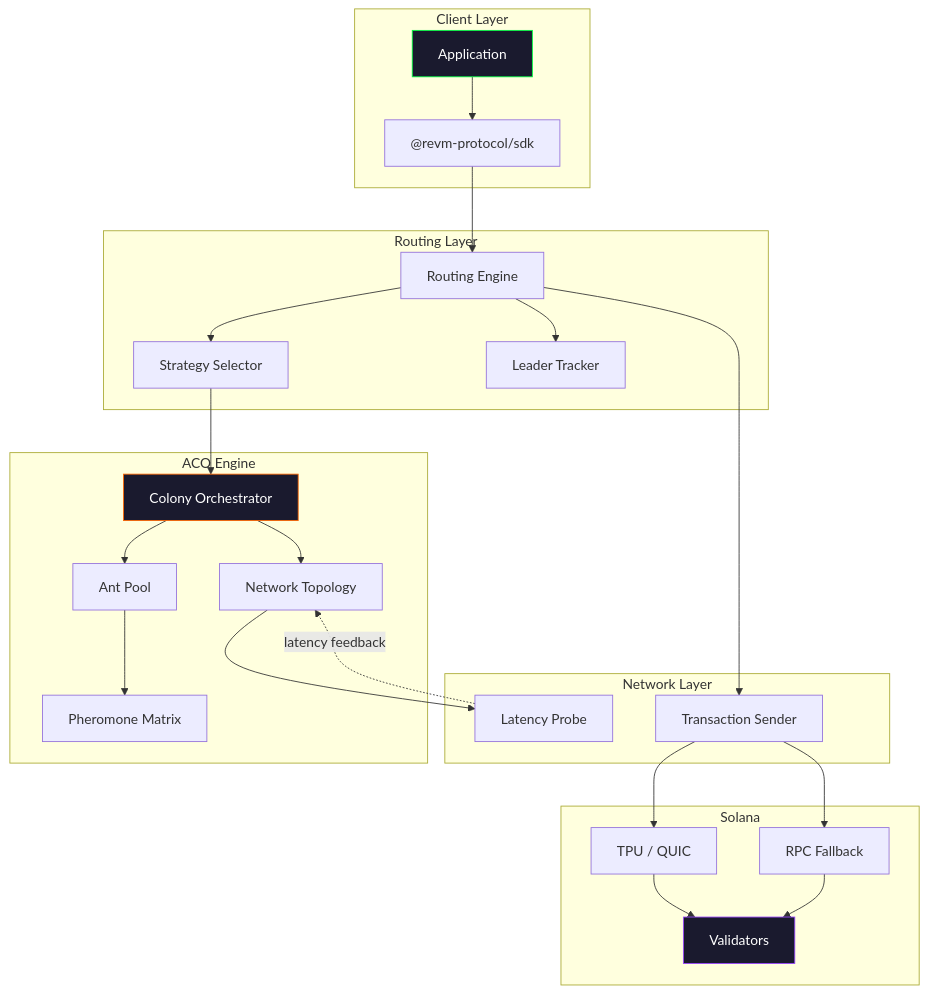
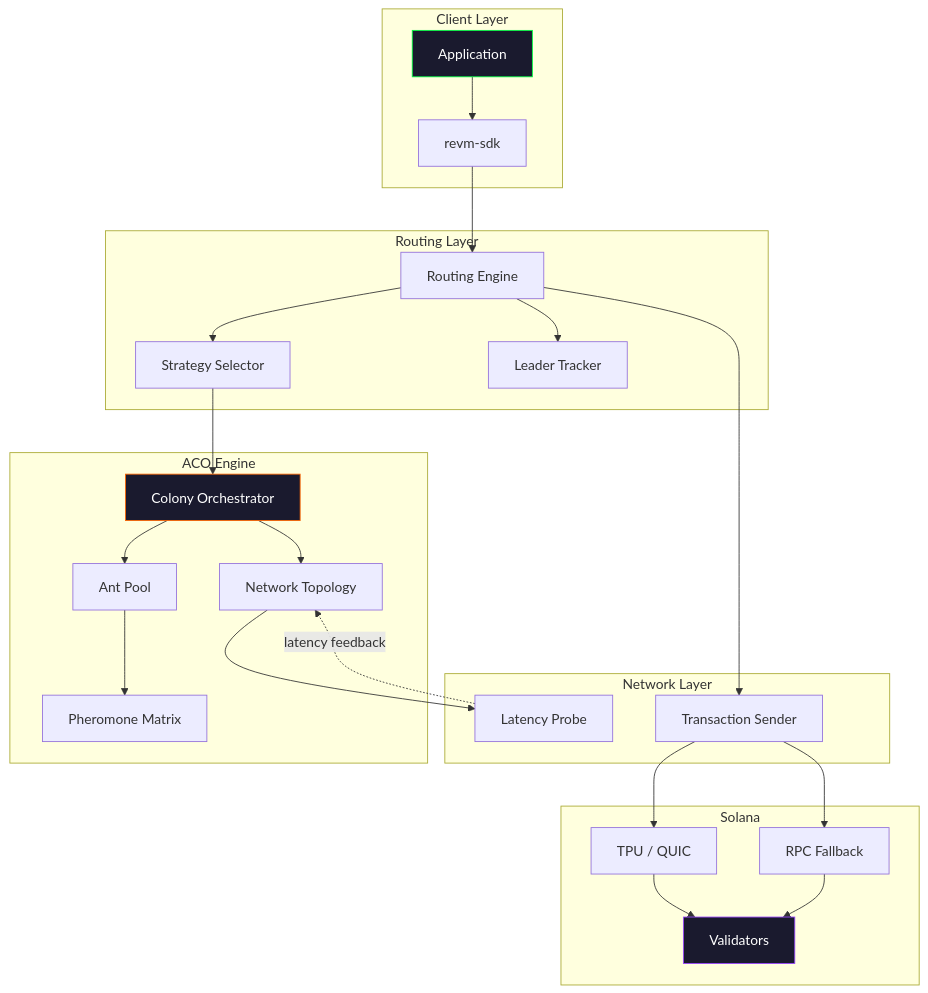
One commit to revmdotio/revm-core changed the first of 3 diagrams in README.md. Above: the diagram before and after it, drawn with Mermaid. The commit also changed other lines of this file and 7 other files, not shown here.

First line of the commit message:
publish: revm-core v0.1.0 to crates.io, revm-sdk v0.1.0 to npm

````diff
--- a/README.md
+++ b/README.md
@@ -34,51 +35,51 @@
 ```mermaid
 graph TB
     subgraph Client Layer
         A[Application]
-        B["@revm-protocol/sdk"]
+        B["revm-sdk"]
     end
 
     subgraph Routing Layer
         C[Routing Engine]
         D[Strategy Selector]
         E[Leader Tracker]
     end
 
     subgraph ACO Engine
         F[Colony Orchestrator]
         G[Ant Pool]
         H[Pheromone Matrix]
         I[Network Topology]
     end
 
     subgraph Network Layer
         J[Latency Probe]
         K[Transaction Sender]
     end
 
     subgraph Solana
         L[TPU / QUIC]
         M[RPC Fallback]
         N[Validators]
     end
 
     A --> B
     B --> C
     C --> D
     C --> E
     D --> F
     F --> G
     G --> H
     F --> I
     I --> J
     C --> K
     K --> L
     K --> M
     L --> N
     M --> N
     J -.->|latency feedback| I
 
     style A fill:#1a1a2e,stroke:#00ff41,color:#fff
     style F fill:#1a1a2e,stroke:#ff6600,color:#fff
     style N fill:#1a1a2e,stroke:#9945FF,color:#fff
 ```
````
